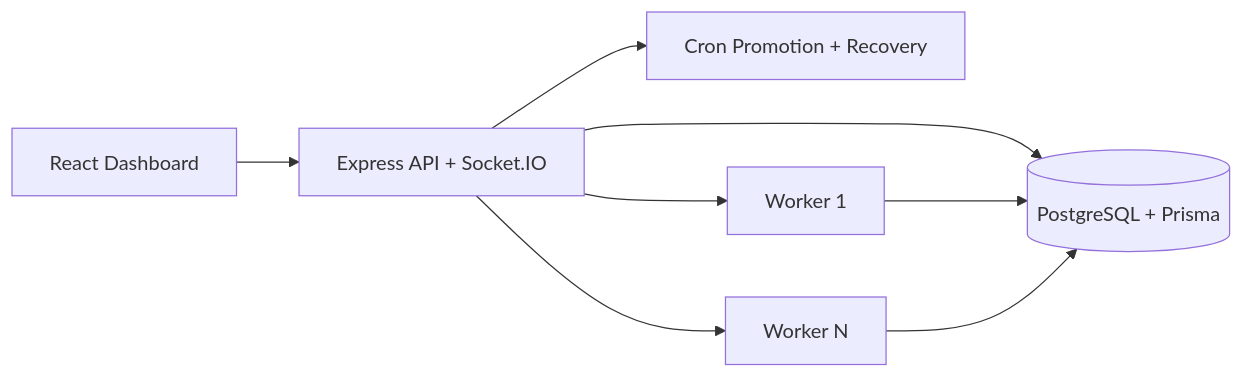
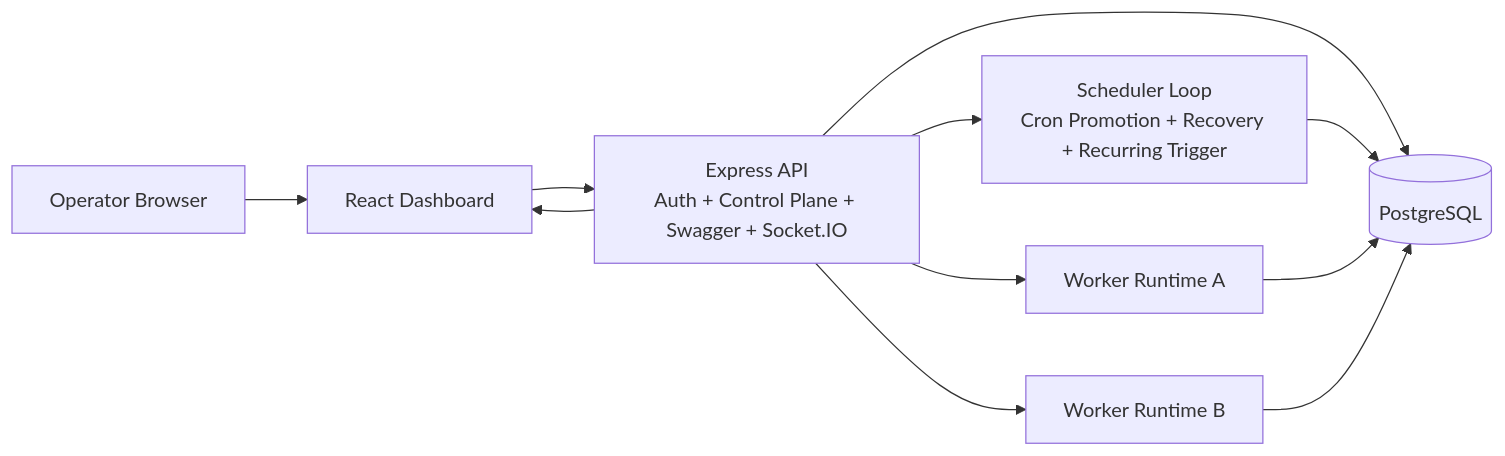
Before and after one commit to namanmahajan2020/Distributed-Job-Scheduler: the diagram in docs/architecture.md, drawn with Mermaid. The commit also changed other lines of this file and 16 other files, not shown here.

````diff
--- a/docs/architecture.md
+++ b/docs/architecture.md
@@ -3,10 +3,21 @@
 ```mermaid
 flowchart LR
-  Browser[React Dashboard] --> API[Express API + Socket.IO]
-  API --> PG[(PostgreSQL + Prisma)]
-  API --> Scheduler[Cron Promotion + Recovery]
-  WorkerA[Worker 1] --> PG
-  WorkerB[Worker N] --> PG
+  Operator[Operator Browser]
+  Web[React Dashboard]
+  API[Express API<br/>Auth + Control Plane + Swagger + Socket.IO]
+  Scheduler[Scheduler Loop<br/>Cron Promotion + Recovery + Recurring Trigger]
+  WorkerA[Worker Runtime A]
+  WorkerB[Worker Runtime B]
+  DB[(PostgreSQL)]
+
+  Operator --> Web
+  Web --> API
+  API --> DB
+  API --> Scheduler
+  Scheduler --> DB
+  WorkerA --> DB
+  WorkerB --> DB
   API --> WorkerA
   API --> WorkerB
+  API --> Web
 ```
````
